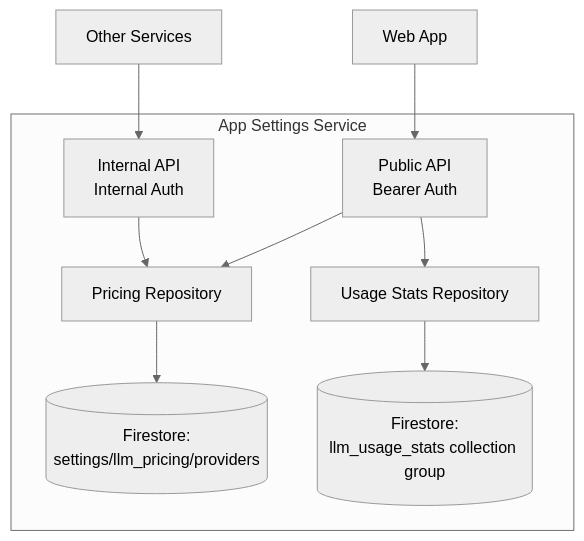
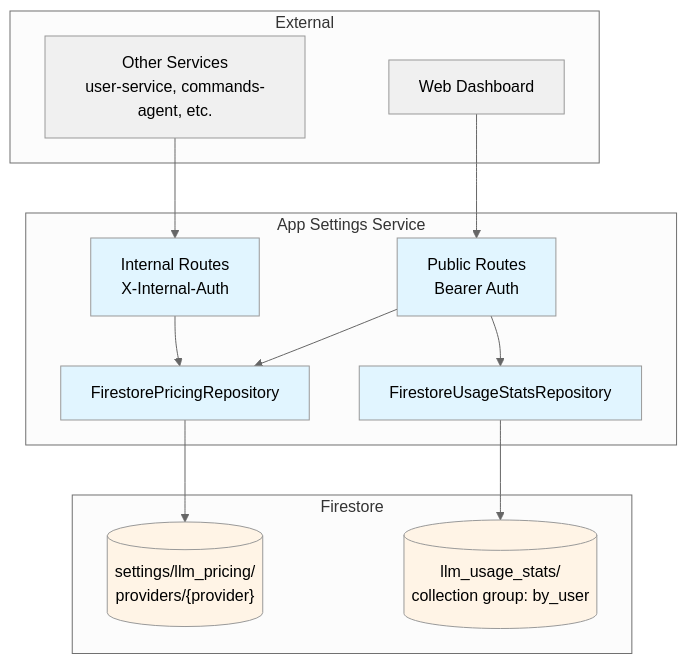
The first of 2 diagrams in docs/services/app-settings-service/technical.md (pbuchman/intexuraos), drawn with Mermaid (neutral theme) before and after one commit. The commit also changed other lines of this file and 102 other files, not shown here.

````diff
--- a/docs/services/app-settings-service/technical.md
+++ b/docs/services/app-settings-service/technical.md
@@ -9,18 +9,35 @@
 ```mermaid
 graph TB
-    subgraph "App Settings Service"
-        Public[Public API<br/>Bearer Auth]
-        Internal[Internal API<br/>Internal Auth]
-
-        Public --> PricingRepo[Pricing Repository]
-        Public --> UsageRepo[Usage Stats Repository]
-
-        Internal --> PricingRepo
-
-        PricingRepo --> FS1[(Firestore:<br/>settings/llm_pricing/providers)]
-        UsageRepo --> FS2[(Firestore:<br/>llm_usage_stats collection group)]
+    subgraph "External"
+        WebApp[Web Dashboard]
+        Services[Other Services<br/>user-service, commands-agent, etc.]
     end
 
-    Services[Other Services] --> Internal
-    WebApp[Web App] --> Public
+    subgraph "App Settings Service"
+        PublicAPI[Public Routes<br/>Bearer Auth]
+        InternalAPI[Internal Routes<br/>X-Internal-Auth]
+        PricingRepo[FirestorePricingRepository]
+        UsageRepo[FirestoreUsageStatsRepository]
+    end
+
+    subgraph "Firestore"
+        PricingColl[(settings/llm_pricing/<br/>providers/&lbrace;provider&rbrace;)]
+        UsageColl[(llm_usage_stats/<br/>collection group: by_user)]
+    end
+
+    WebApp --> PublicAPI
+    Services --> InternalAPI
+    PublicAPI --> PricingRepo
+    PublicAPI --> UsageRepo
+    InternalAPI --> PricingRepo
+    PricingRepo --> PricingColl
+    UsageRepo --> UsageColl
+
+    classDef service fill:#e1f5ff
+    classDef storage fill:#fff4e6
+    classDef external fill:#f0f0f0
+
+    class PublicAPI,InternalAPI,PricingRepo,UsageRepo service
+    class PricingColl,UsageColl storage
+    class WebApp,Services external
 ```
````
